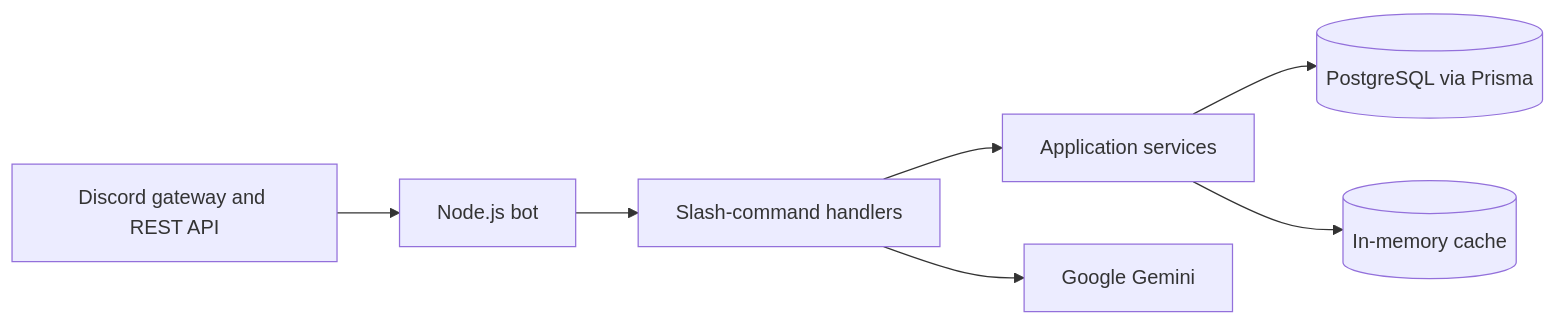
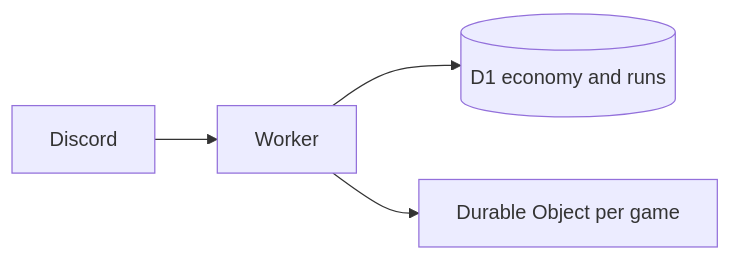
One commit to nix24/ChipMinigameParlor changed the diagram in TECH_STACK.md. Above: the diagram before and after it, drawn with Mermaid. The commit also changed other lines of this file and 53 other files, not shown here.

````diff
--- a/TECH_STACK.md
+++ b/TECH_STACK.md
@@ -7,9 +12,6 @@
 ```mermaid
 flowchart LR
-    D[Discord gateway and REST API] --> B[Node.js bot]
-    B --> C[Slash-command handlers]
-    C --> S[Application services]
-    S --> P[(PostgreSQL via Prisma)]
-    C --> G[Google Gemini]
-    S --> M[(In-memory cache)]
+  D[Discord] --> W[Worker]
+  W --> E[(D1 economy and runs)]
+  W --> G[Durable Object per game]
 ```
````
